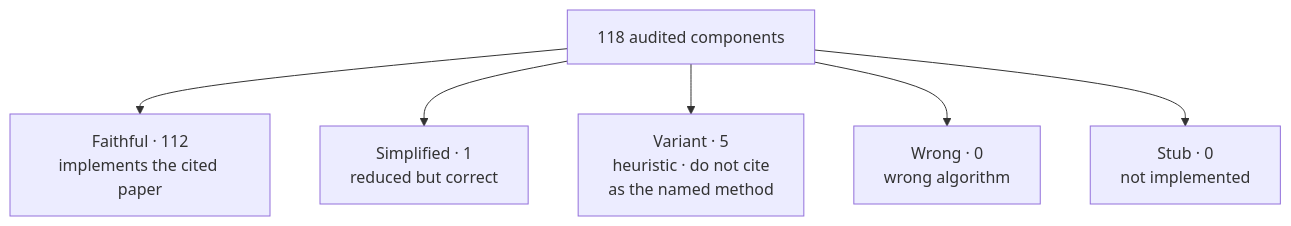
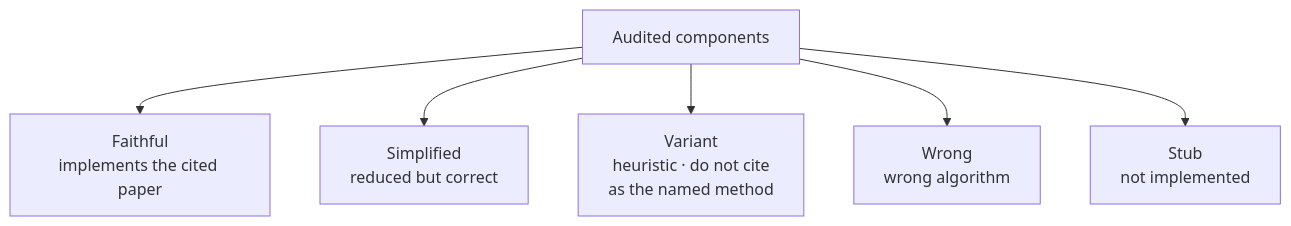
Before and after one commit to Lexsi-Labs/SafeTune: the diagram in docs/community/scope.md, drawn with Mermaid. The commit also changed other lines of this file and 10 other files, not shown here.

First line of the commit message:
Docs: remove method-count claims (~100 methods, 118 audited components, per-pillar counts) (#1)

````diff
--- a/docs/community/scope.md
+++ b/docs/community/scope.md
@@ -11,8 +11,8 @@
 ```mermaid
 flowchart TB
-    A["118 audited components"] --> F["Faithful · 112<br/>implements the cited paper"]
-    A --> S["Simplified · 1<br/>reduced but correct"]
-    A --> V["Variant · 5<br/>heuristic · do not cite<br/>as the named method"]
-    A --> W["Wrong · 0<br/>wrong algorithm"]
-    A --> ST["Stub · 0<br/>not implemented"]
+    A["Audited components"] --> F["Faithful<br/>implements the cited paper"]
+    A --> S["Simplified<br/>reduced but correct"]
+    A --> V["Variant<br/>heuristic · do not cite<br/>as the named method"]
+    A --> W["Wrong<br/>wrong algorithm"]
+    A --> ST["Stub<br/>not implemented"]
 ```
````
